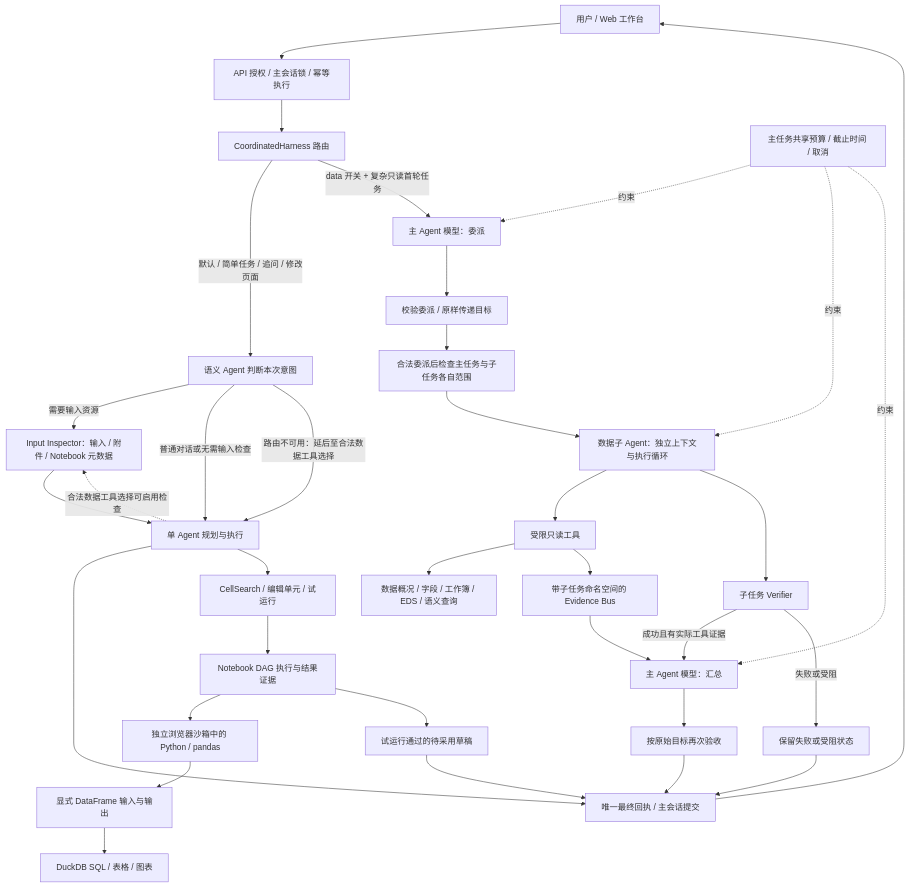
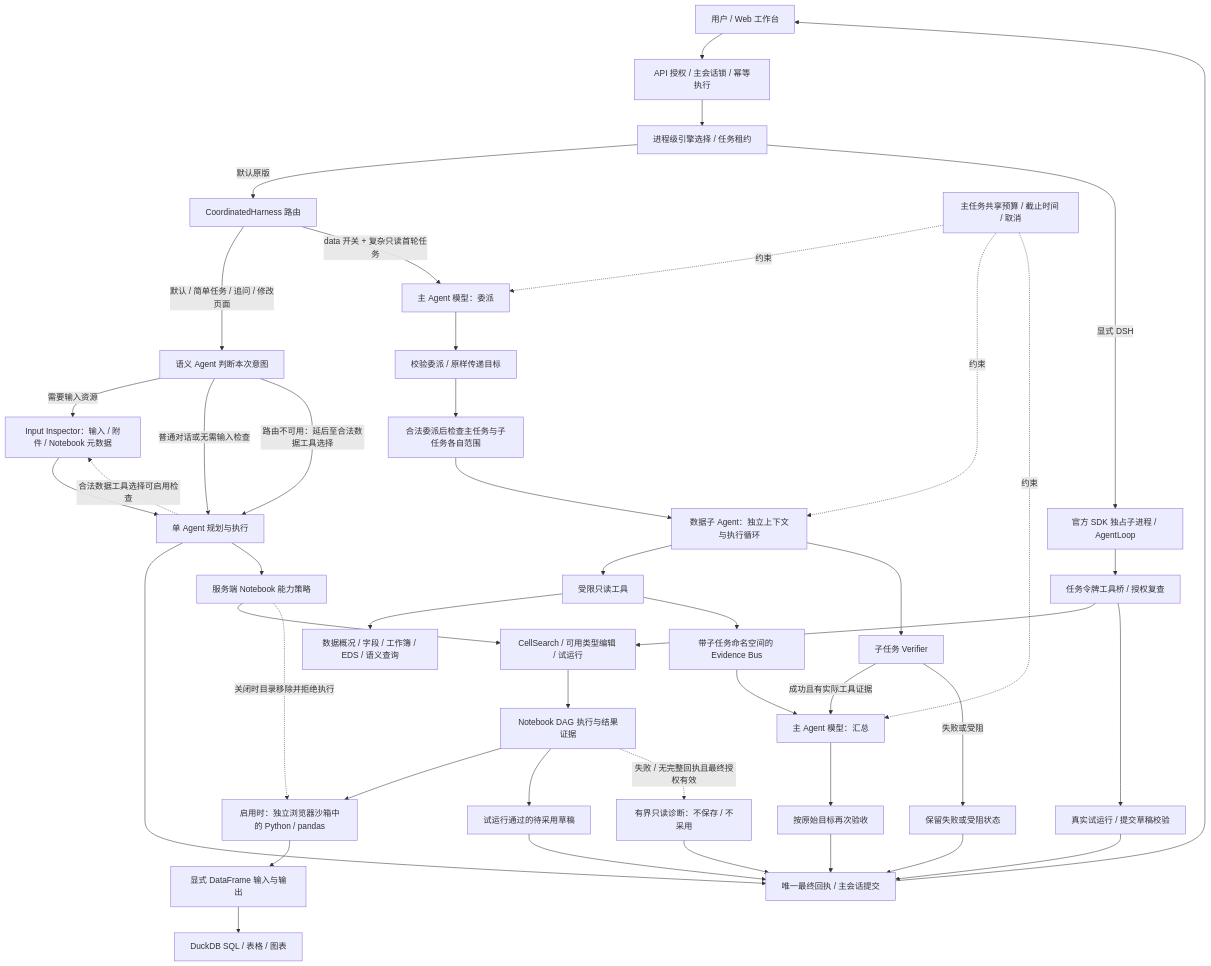
The first of 2 diagrams in site/docs/architecture/agent-architecture.md (yuebingaa/AI-workspace), drawn with Mermaid before and after one commit. The commit also changed other lines of this file and 441 other files, not shown here.

Commit message:
feat: checkpoint modular notebook and DSH execution workspace

````diff
--- a/site/docs/architecture/agent-architecture.md
+++ b/site/docs/architecture/agent-architecture.md
@@ -32,37 +126,47 @@
 ```mermaid
 flowchart TB
   UI[用户 / Web 工作台] --> API[API 授权 / 主会话锁 / 幂等执行]
-  API --> Router[CoordinatedHarness 路由]
+  API --> Engine[进程级引擎选择 / 任务租约]
+  Engine -->|默认原版| Router[CoordinatedHarness 路由]
+  Engine -->|显式 DSH| DSH[官方 SDK 独占子进程 / AgentLoop]
+  DSH --> Broker[任务令牌工具桥 / 授权复查]
+  Broker --> NotebookTools
+  Broker --> DshReceipt[真实试运行 / 提交草稿校验]
+  DshReceipt --> Receipt
   Router -->|默认 / 简单任务 / 追问 / 修改页面| Intent[语义 Agent 判断本次意图]
   Intent -->|需要输入资源| Inspector[Input Inspector：输入 / 附件 / Notebook 元数据]
   Intent -->|普通对话或无需输入检查| Single[单 Agent 规划与执行]
   Intent -->|路由不可用：延后至合法数据工具选择| Single
   Inspector --> Single
   Single -.合法数据工具选择可启用检查.-> Inspector
   Router -->|data 开关 + 复杂只读首轮任务| Main[主 Agent 模型：委派]
   Main --> Delegate[校验委派 / 原样传递目标]
   Delegate --> ScopedInspector[合法委派后检查主任务与子任务各自范围]
   ScopedInspector --> Worker[数据子 Agent：独立上下文与执行循环]
   Worker --> Tools[受限只读工具]
   Tools --> Data[数据概况 / 字段 / 工作簿 / EDS / 语义查询]
   Tools --> Evidence[带子任务命名空间的 Evidence Bus]
   Worker --> ChildCheck[子任务 Verifier]
   ChildCheck -->|成功且有实际工具证据| Summary[主 Agent 模型：汇总]
   Evidence --> Summary
   Summary --> FinalCheck[按原始目标再次验收]
   FinalCheck --> Receipt[唯一最终回执 / 主会话提交]
   ChildCheck -->|失败或受阻| Failure[保留失败或受阻状态]
   Failure --> Receipt
   Single --> Receipt
-  Single --> NotebookTools[CellSearch / 编辑单元 / 试运行]
+  Single --> CapabilityPolicy[服务端 Notebook 能力策略]
+  CapabilityPolicy --> NotebookTools[CellSearch / 可用类型编辑 / 试运行]
   NotebookTools --> NotebookRun[Notebook DAG 执行与结果证据]
-  NotebookRun --> Python[独立浏览器沙箱中的 Python / pandas]
+  CapabilityPolicy -.关闭时目录移除并拒绝执行.-> Python
+  NotebookRun --> Python[启用时：独立浏览器沙箱中的 Python / pandas]
   Python --> Frames[显式 DataFrame 输入与输出]
   Frames --> SQL[DuckDB SQL / 表格 / 图表]
   NotebookRun --> Draft[试运行通过的待采用草稿]
+  NotebookRun -.失败 / 无完整回执且最终授权有效.-> Diagnostics[有界只读诊断：不保存 / 不采用]
+  Diagnostics --> Receipt
   Draft --> Receipt
   Receipt --> UI
   Budget[主任务共享预算 / 截止时间 / 取消] -.约束.-> Main
   Budget -.约束.-> Worker
   Budget -.约束.-> Summary
 ```
````
